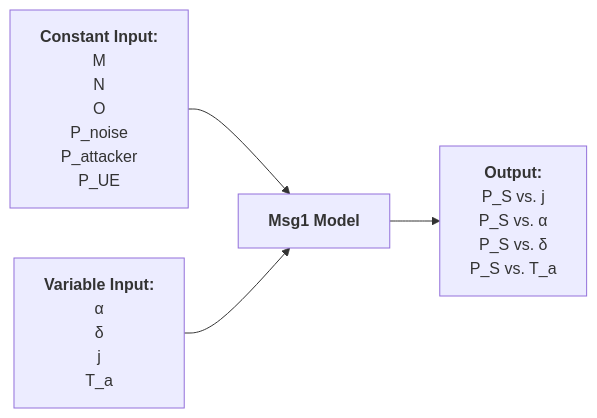
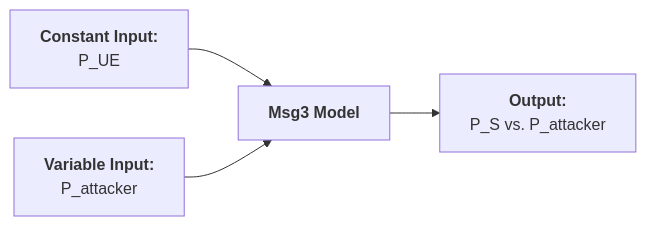
The third of 3 diagrams in docs/Thesis (Basic Msg3 Model).md (bmw-ece-ntust/wilfrid-prach-attack-analysis), drawn with Mermaid before and after one commit.

Commit message:
Update Thesis (Basic Msg3 Model).md

````diff
--- a/docs/Thesis (Basic Msg3 Model).md
+++ b/docs/Thesis (Basic Msg3 Model).md
@@ -72,24 +72,13 @@
 ```mermaid
 flowchart LR
     inputC["`**Constant Input:**
-    M
-    N
-    O
-    P_noise
-    P_attacker
     P_UE`"]
     inputV["`**Variable Input:**
-    α
-    δ
-    j
-    T_a`"]
-    process["`**Msg1 Model**`"]
+    P_attacker`"]
+    process["`**Msg3 Model**`"]
     output["`**Output:**
-    P_S vs. j
-    P_S vs. α
-    P_S vs. δ
-    P_S vs. T_a`"]
+    P_S vs. P_attacker`"]
     inputC --> process
     inputV --> process
     process --> output
 ```
````
